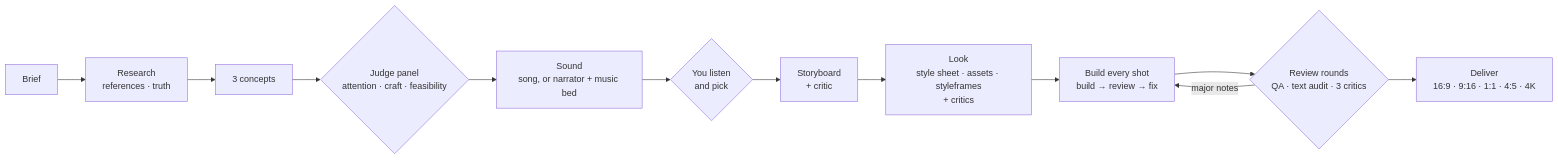
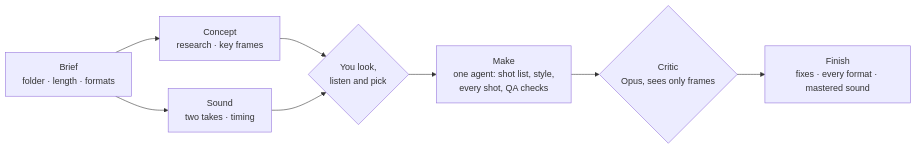
One commit to winchxyz/motion-studio changed the diagram in README.md. Above: the diagram before and after it, drawn with Mermaid. The commit also changed other lines of this file and 16 other files, not shown here.

````diff
--- a/README.md
+++ b/README.md
@@ -52,14 +30,10 @@
 ```mermaid
 flowchart LR
-  B[Brief] --> R[Research<br/>references · truth]
-  R --> C[3 concepts]
-  C --> J{Judge panel<br/>attention · craft · feasibility}
-  J --> S[Sound<br/>song, or narrator + music bed]
-  S --> Y{You listen<br/>and pick}
-  Y --> P[Storyboard<br/>+ critic]
-  P --> L[Look<br/>style sheet · assets · styleframes<br/>+ critics]
-  L --> BU[Build every shot<br/>build → review → fix]
-  BU --> RV{Review rounds<br/>QA · text audit · 3 critics}
-  RV -->|major notes| BU
-  RV --> D[Deliver<br/>16:9 · 9:16 · 1:1 · 4:5 · 4K]
+  B[Brief<br/>folder · length · formats] --> C[Concept<br/>research · key frames]
+  B --> S[Sound<br/>two takes · timing]
+  C --> Y{You look,<br/>listen and pick}
+  S --> Y
+  Y --> M[Make<br/>one agent: shot list, style,<br/>every shot, QA checks]
+  M --> K{Critic<br/>Opus, sees only frames}
+  K --> F[Finish<br/>fixes · every format · mastered sound]
 ```
````
